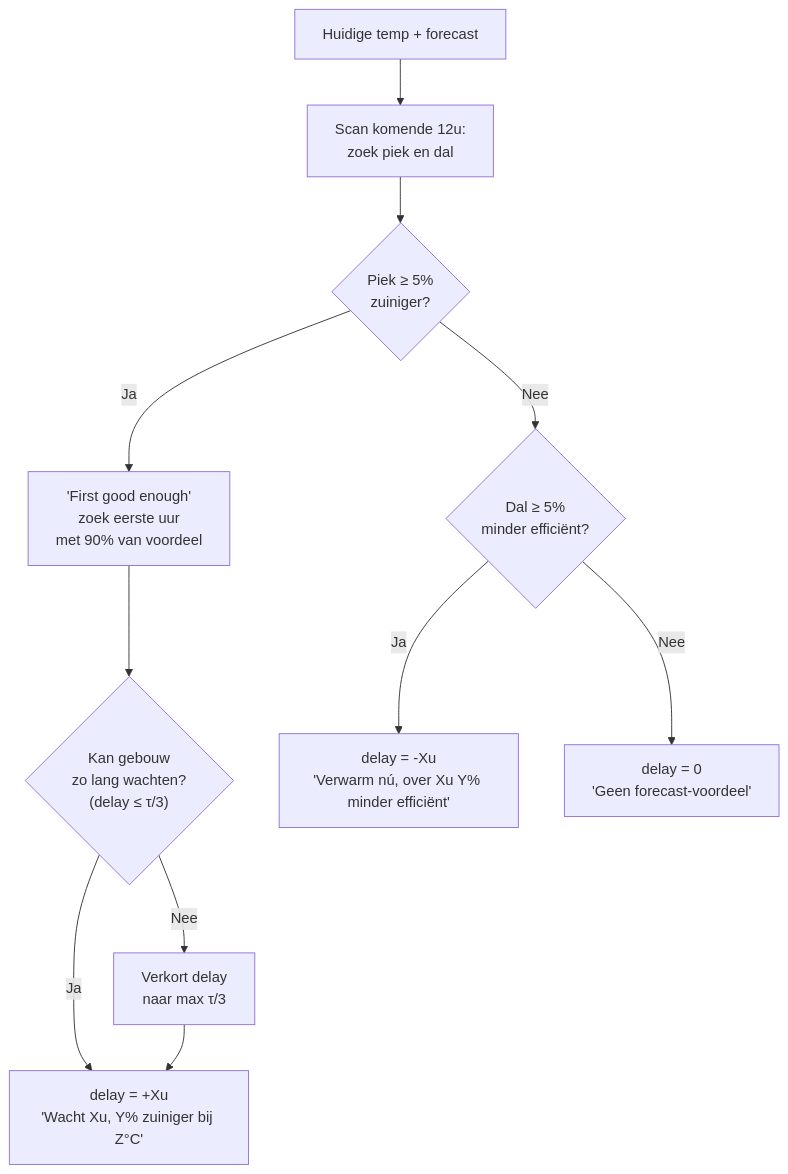
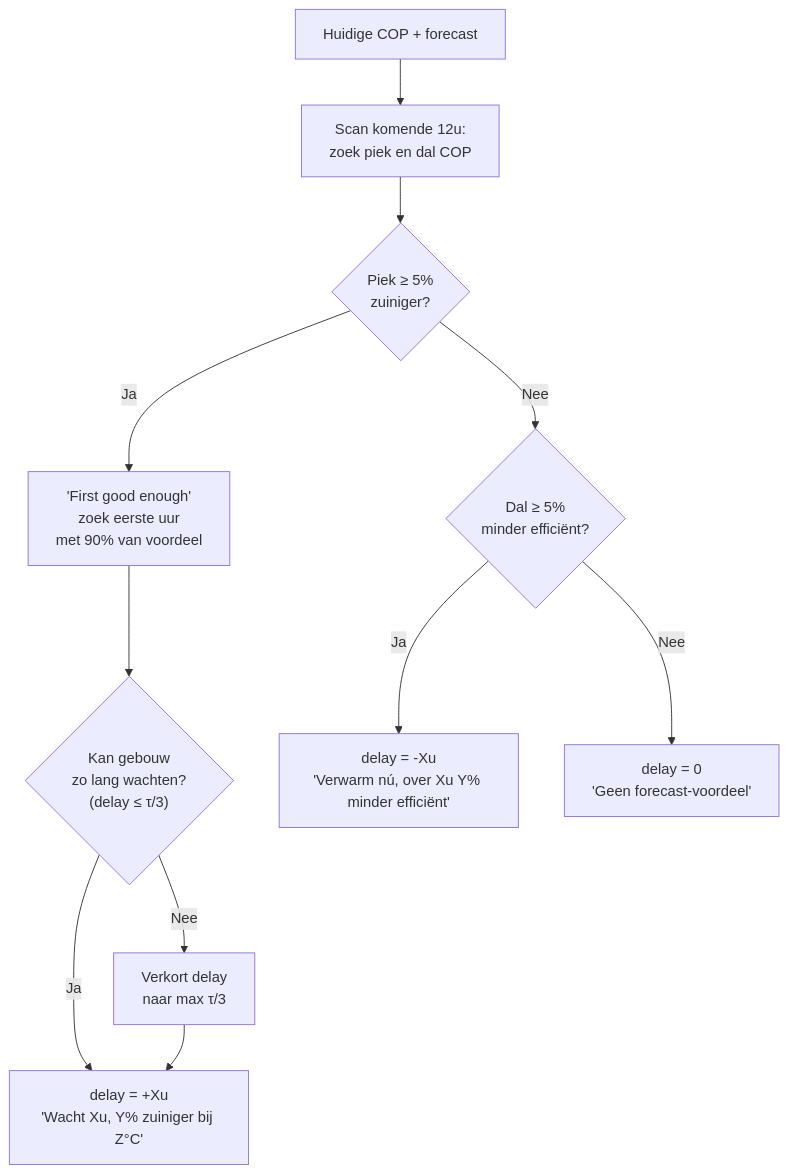
One commit to hhi/org.hhi.adlar-heatpump changed the fourth of 4 diagrams in docs/architecture/WEATHER_FORECAST.md. Above: the diagram before and after it, drawn with Mermaid. The commit also changed other lines of this file and 11 other files, not shown here.

````diff
--- a/docs/architecture/WEATHER_FORECAST.md
+++ b/docs/architecture/WEATHER_FORECAST.md
@@ -132,13 +273,13 @@
 ```mermaid
 flowchart TD
-    START[Huidige temp + forecast] --> SCAN[Scan komende 12u:\nzoek piek en dal]
+    START[Huidige COP + forecast] --> SCAN[Scan komende 12u:\nzoek piek en dal COP]
     SCAN --> RISING{Piek ≥ 5%\nzuiniger?}
     RISING -->|Ja| GOOD["'First good enough'\nzoek eerste uur\nmet 90% van voordeel"]
     GOOD --> FEASIBLE{"Kan gebouw\nzo lang wachten?\n(delay ≤ τ/3)"}
     FEASIBLE -->|Ja| ADVISE_WAIT["delay = +Xu\n'Wacht Xu, Y% zuiniger bij Z°C'"]
     FEASIBLE -->|Nee| REDUCE["Verkort delay\nnaar max τ/3"]
     REDUCE --> ADVISE_WAIT
     RISING -->|Nee| DROPPING{Dal ≥ 5%\nminder efficiënt?}
     DROPPING -->|Ja| ADVISE_NOW["delay = -Xu\n'Verwarm nú, over Xu Y% minder efficiënt'"]
     DROPPING -->|Nee| STABLE["delay = 0\n'Geen forecast-voordeel'"]
 ```
````
